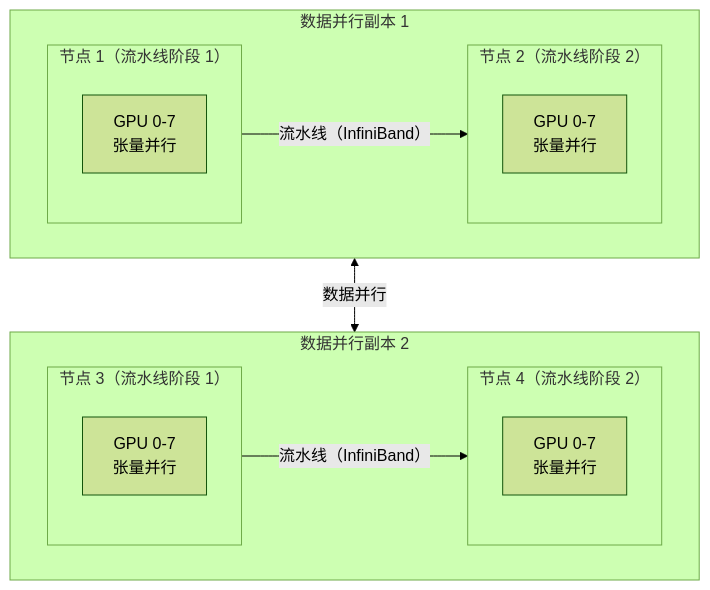
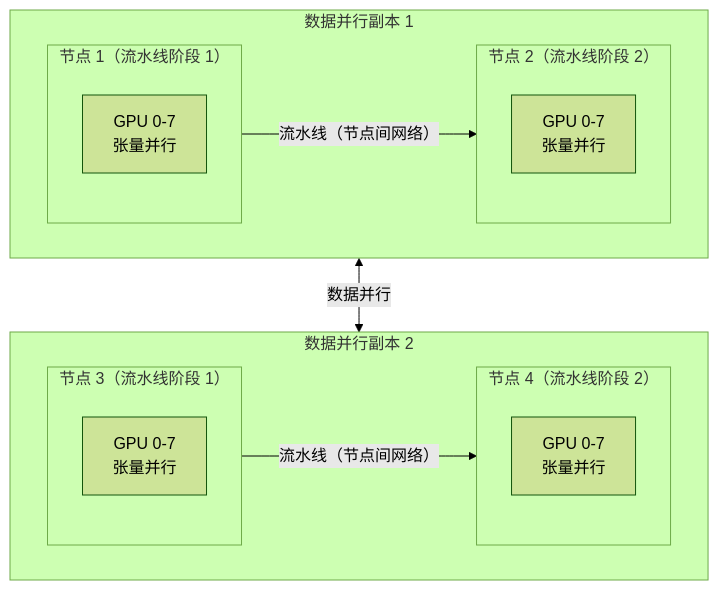
The diagram in 07_distributed_training/7.4_pipeline_hybrid.md (yeasy/llm_internals), drawn with Mermaid (forest theme) before and after one commit. The commit also changed other lines of this file and 128 other files, not shown here.

````diff
--- a/07_distributed_training/7.4_pipeline_hybrid.md
+++ b/07_distributed_training/7.4_pipeline_hybrid.md
@@ -60,22 +60,22 @@
 ```mermaid
 graph TB
     subgraph replica1["数据并行副本 1"]
         subgraph node1["节点 1（流水线阶段 1）"]
             g1["GPU 0-7<br/>张量并行"]
         end
         subgraph node2["节点 2（流水线阶段 2）"]
             g2["GPU 0-7<br/>张量并行"]
         end
-        node1 -->|"流水线（InfiniBand）"| node2
+        node1 -->|"流水线（节点间网络）"| node2
     end
     subgraph replica2["数据并行副本 2"]
         subgraph node3["节点 3（流水线阶段 1）"]
             g3["GPU 0-7<br/>张量并行"]
         end
         subgraph node4["节点 4（流水线阶段 2）"]
             g4["GPU 0-7<br/>张量并行"]
         end
-        node3 -->|"流水线（InfiniBand）"| node4
+        node3 -->|"流水线（节点间网络）"| node4
     end
     replica1 <-->|"数据并行"| replica2
 ```
````
